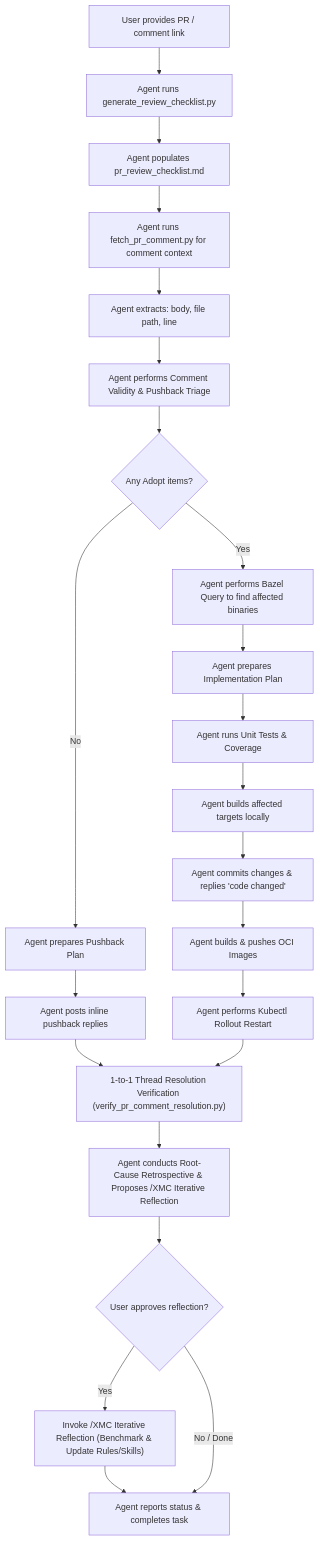
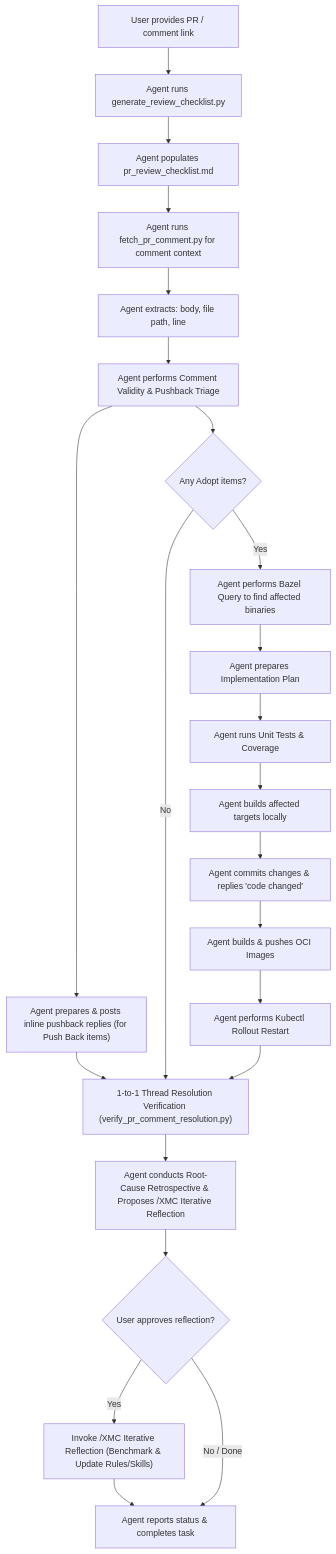
Before and after one commit to google/xmc: the diagram in .agents/skills/xmc_address_pr_comment/SKILL.md, drawn with Mermaid. The commit also changed other lines of this file, not shown here.

````diff
--- a/.agents/skills/xmc_address_pr_comment/SKILL.md
+++ b/.agents/skills/xmc_address_pr_comment/SKILL.md
@@ -10,25 +10,25 @@
 ```mermaid
 graph TD
     A["User provides PR / comment link"] --> B["Agent runs generate_review_checklist.py"]
     B --> C["Agent populates pr_review_checklist.md"]
     C --> D["Agent runs fetch_pr_comment.py for comment context"]
     D --> E["Agent extracts: body, file path, line"]
     E --> D2["Agent performs Comment Validity & Pushback Triage"]
+    D2 --> J2["Agent prepares & posts inline pushback replies (for Push Back items)"]
+    J2 --> M["1-to-1 Thread Resolution Verification (verify_pr_comment_resolution.py)"]
     D2 --> D3{"Any Adopt items?"}
     D3 -->|Yes| F["Agent performs Bazel Query to find affected binaries"]
-    D3 -->|No| G2["Agent prepares Pushback Plan"]
-    G2 --> J2["Agent posts inline pushback replies"]
-    J2 --> M["1-to-1 Thread Resolution Verification (verify_pr_comment_resolution.py)"]
+    D3 -->|No| M
     F --> G["Agent prepares Implementation Plan"]
     G --> H["Agent runs Unit Tests & Coverage"]
     H --> I["Agent builds affected targets locally"]
     I --> J["Agent commits changes & replies 'code changed'"]
     J --> K["Agent builds & pushes OCI Images"]
     K --> L["Agent performs Kubectl Rollout Restart"]
     L --> M["1-to-1 Thread Resolution Verification (verify_pr_comment_resolution.py)"]
     M --> N["Agent conducts Root-Cause Retrospective & Proposes /XMC Iterative Reflection"]
     N --> O{"User approves reflection?"}
     O -->|Yes| P["Invoke /XMC Iterative Reflection (Benchmark & Update Rules/Skills)"]
     P --> Q["Agent reports status & completes task"]
     O -->|No / Done| Q
 ```
````
